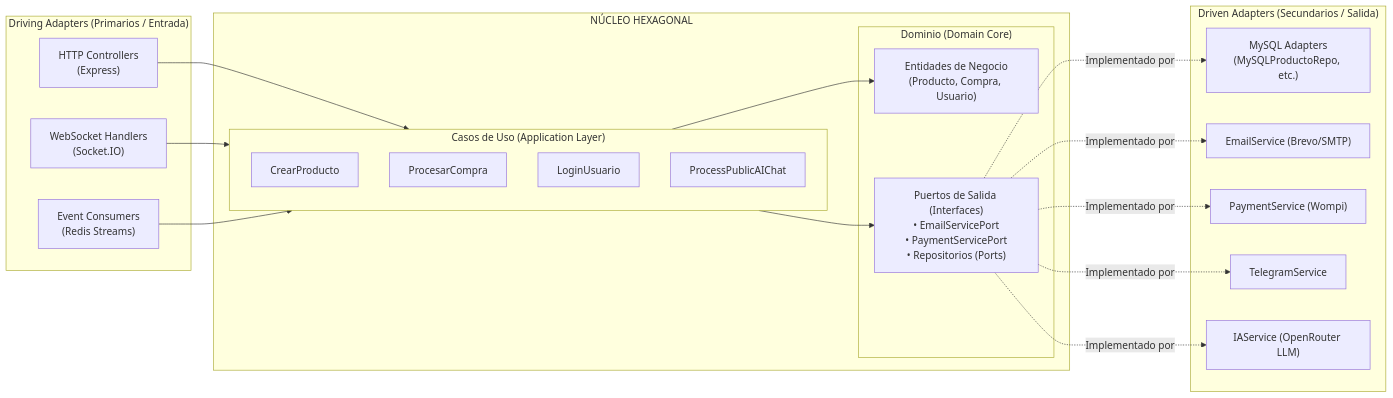
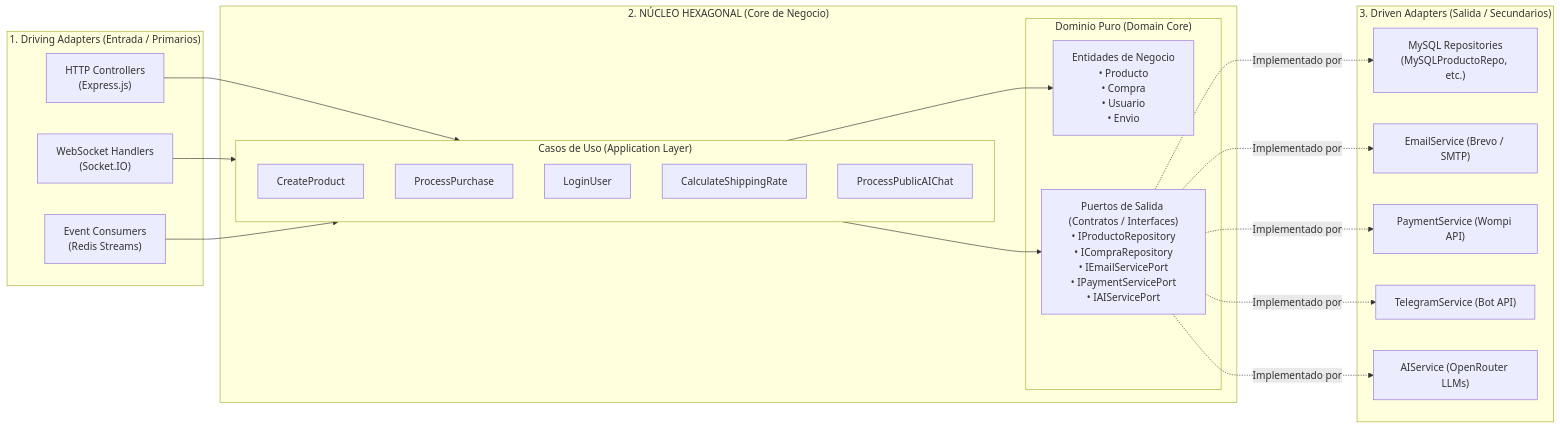
Before and after one commit to Danx016/delosmontesdemaria: the second of 3 diagrams in AUDITORIA_MICROSERVICIOS.md, drawn with Mermaid. The commit also changed other lines of this file and 32 other files, not shown here.

````diff
--- a/AUDITORIA_MICROSERVICIOS.md
+++ b/AUDITORIA_MICROSERVICIOS.md
@@ -53,43 +68,44 @@
 ```mermaid
 flowchart LR
-    subgraph DrivingAdapters ["Driving Adapters (Primarios / Entrada)"]
-        HTTP["HTTP Controllers\n(Express)"]
+    subgraph Driving ["1. Driving Adapters (Entrada / Primarios)"]
+        HTTP["HTTP Controllers\n(Express.js)"]
         WS["WebSocket Handlers\n(Socket.IO)"]
-        BusConsumer["Event Consumers\n(Redis Streams)"]
+        StreamSub["Event Consumers\n(Redis Streams)"]
     end
 
-    subgraph HexagonCore ["NÚCLEO HEXAGONAL"]
+    subgraph HexCore ["2. NÚCLEO HEXAGONAL (Core de Negocio)"]
         subgraph UseCases ["Casos de Uso (Application Layer)"]
-            UC1["CrearProducto"]
-            UC2["ProcesarCompra"]
-            UC3["LoginUsuario"]
-            UC4["ProcessPublicAIChat"]
+            UC1["CreateProduct"]
+            UC2["ProcessPurchase"]
+            UC3["LoginUser"]
+            UC4["CalculateShippingRate"]
+            UC5["ProcessPublicAIChat"]
         end
 
-        subgraph Domain ["Dominio (Domain Core)"]
-            Entities["Entidades de Negocio\n(Producto, Compra, Usuario)"]
-            PortsOut["Puertos de Salida (Interfaces)\n• EmailServicePort\n• PaymentServicePort\n• Repositorios (Ports)"]
+        subgraph Domain ["Dominio Puro (Domain Core)"]
+            Entities["Entidades de Negocio\n• Producto\n• Compra\n• Usuario\n• Envio"]
+            PortsOut["Puertos de Salida (Contratos / Interfaces)\n• IProductoRepository\n• ICompraRepository\n• IEmailServicePort\n• IPaymentServicePort\n• IAIServicePort"]
         end
     end
 
-    subgraph DrivenAdapters ["Driven Adapters (Secundarios / Salida)"]
-        DB["MySQL Adapters\n(MySQLProductoRepo, etc.)"]
-        Email["EmailService (Brevo/SMTP)"]
-        Payment["PaymentService (Wompi)"]
-        Telegram["TelegramService"]
-        AI["IAService (OpenRouter LLM)"]
+    subgraph Driven ["3. Driven Adapters (Salida / Secundarios)"]
+        MySQL["MySQL Repositories\n(MySQLProductoRepo, etc.)"]
+        Brevo["EmailService (Brevo / SMTP)"]
+        Wompi["PaymentService (Wompi API)"]
+        Telegram["TelegramService (Bot API)"]
+        AI["AIService (OpenRouter LLMs)"]
     end
 
     HTTP --> UseCases
     WS --> UseCases
-    BusConsumer --> UseCases
+    StreamSub --> UseCases
 
     UseCases --> Entities
     UseCases --> PortsOut
 
-    PortsOut -.->|Implementado por| DB
-    PortsOut -.->|Implementado por| Email
-    PortsOut -.->|Implementado por| Payment
+    PortsOut -.->|Implementado por| MySQL
+    PortsOut -.->|Implementado por| Brevo
+    PortsOut -.->|Implementado por| Wompi
     PortsOut -.->|Implementado por| Telegram
     PortsOut -.->|Implementado por| AI
 ```
````
